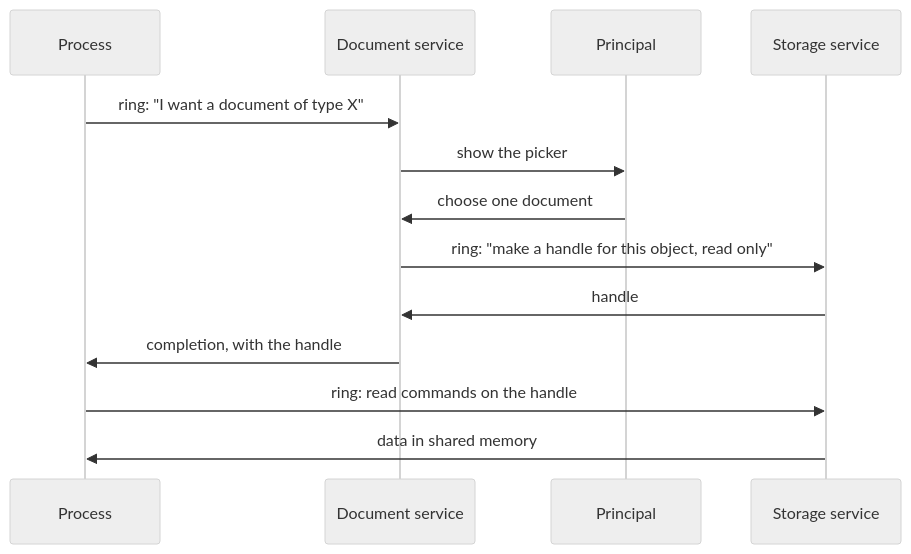
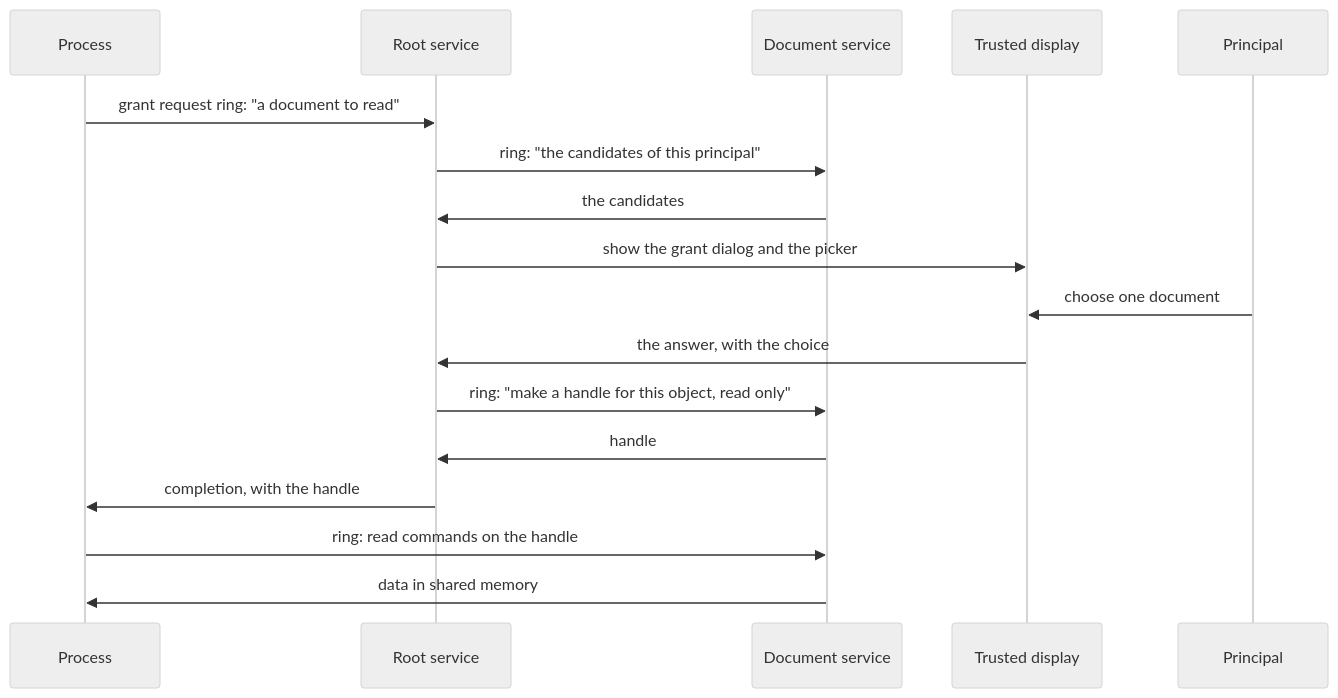
One commit to sachahjkl/modus changed the fourth of 5 diagrams in docs/ARCHITECTURE.md. Above: the diagram before and after it, drawn with Mermaid (neutral theme). The commit also changed other lines of this file and 8 other files, not shown here.

````diff
--- a/docs/ARCHITECTURE.md
+++ b/docs/ARCHITECTURE.md
@@ -1650,15 +1650,19 @@
 ```mermaid
 sequenceDiagram
   participant P as Process
+  participant R as Root service
   participant D as Document service
+  participant T as Trusted display
   participant U as Principal
-  participant S as Storage service
-  P->>D: ring: "I want a document of type X"
-  D->>U: show the picker
-  U->>D: choose one document
-  D->>S: ring: "make a handle for this object, read only"
-  S->>D: handle
-  D->>P: completion, with the handle
-  P->>S: ring: read commands on the handle
-  S->>P: data in shared memory
+  P->>R: grant request ring: "a document to read"
+  R->>D: ring: "the candidates of this principal"
+  D->>R: the candidates
+  R->>T: show the grant dialog and the picker
+  U->>T: choose one document
+  T->>R: the answer, with the choice
+  R->>D: ring: "make a handle for this object, read only"
+  D->>R: handle
+  R->>P: completion, with the handle
+  P->>D: ring: read commands on the handle
+  D->>P: data in shared memory
 ```
````
